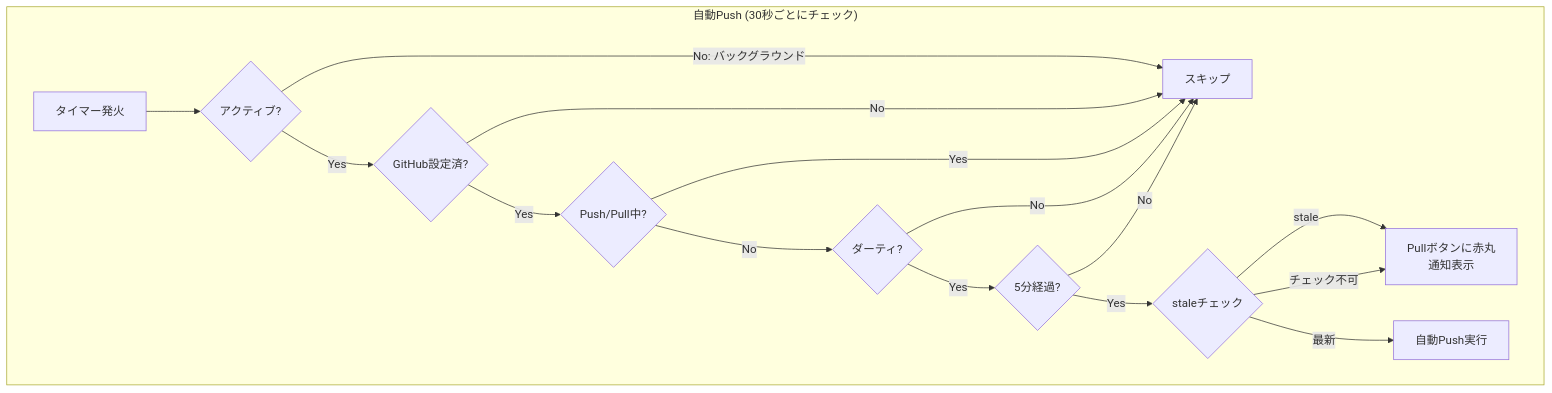
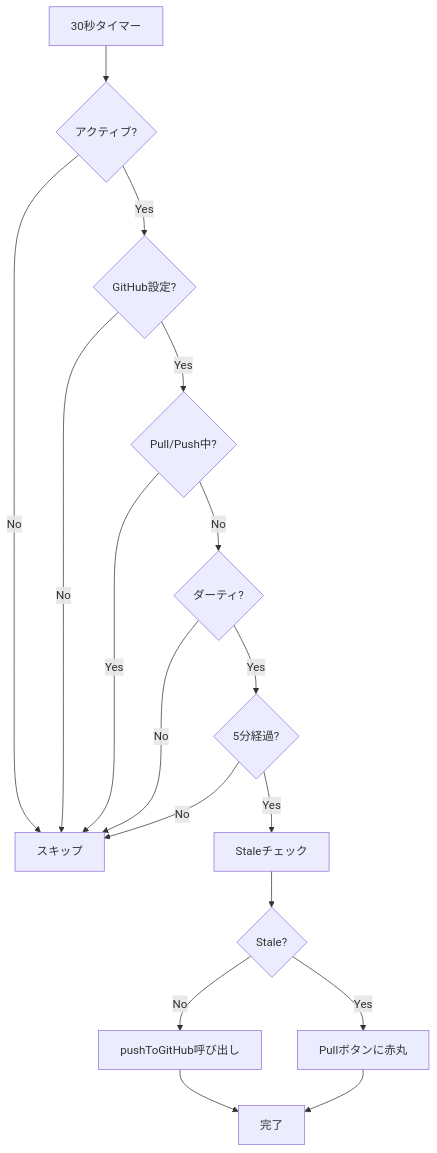
The third of 3 diagrams in docs/development/sync/push-pull.md (kako-jun/agasteer), drawn with Mermaid before and after one commit. The commit also changed other lines of this file, not shown here.

First line of the commit message:
docs: Push/Pull統合リファクタリングを反映

````diff
--- a/docs/development/sync/push-pull.md
+++ b/docs/development/sync/push-pull.md
@@ -55,19 +285,19 @@
 ```mermaid
 flowchart TD
-    subgraph AutoPush["自動Push (30秒ごとにチェック)"]
-        AP1[タイマー発火] --> AP2{アクティブ?}
-        AP2 -->|No: バックグラウンド| AP3[スキップ]
-        AP2 -->|Yes| AP4{GitHub設定済?}
-        AP4 -->|No| AP3
-        AP4 -->|Yes| AP5{Push/Pull中?}
-        AP5 -->|Yes| AP3
-        AP5 -->|No| AP6{ダーティ?}
-        AP6 -->|No| AP3
-        AP6 -->|Yes| AP7{5分経過?}
-        AP7 -->|No| AP3
-        AP7 -->|Yes| AP8{staleチェック}
-        AP8 -->|stale| AP9[Pullボタンに赤丸\n通知表示]
-        AP8 -->|チェック不可| AP9
-        AP8 -->|最新| AP10[自動Push実行]
-    end
+    Timer[30秒タイマー] --> Active{アクティブ?}
+    Active -->|No| Skip[スキップ]
+    Active -->|Yes| Config{GitHub設定?}
+    Config -->|No| Skip
+    Config -->|Yes| Sync{Pull/Push中?}
+    Sync -->|Yes| Skip
+    Sync -->|No| Dirty{ダーティ?}
+    Dirty -->|No| Skip
+    Dirty -->|Yes| Time{5分経過?}
+    Time -->|No| Skip
+    Time -->|Yes| Stale[Staleチェック]
+    Stale --> Check{Stale?}
+    Check -->|Yes| Notify[Pullボタンに赤丸]
+    Check -->|No| Push[pushToGitHub呼び出し]
+    Push --> End[完了]
+    Notify --> End
 ```
````
